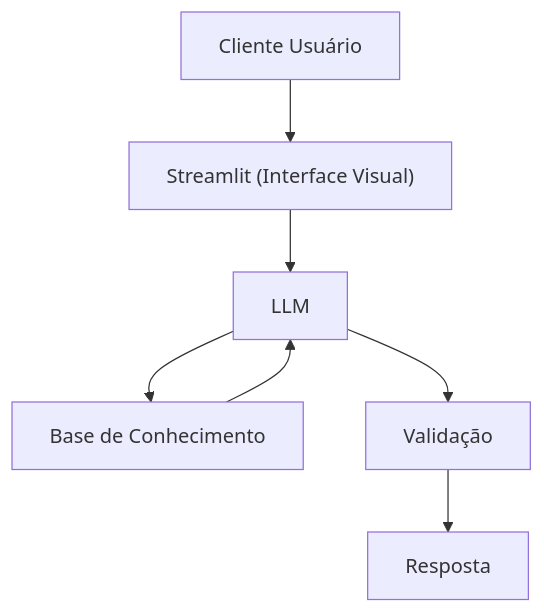
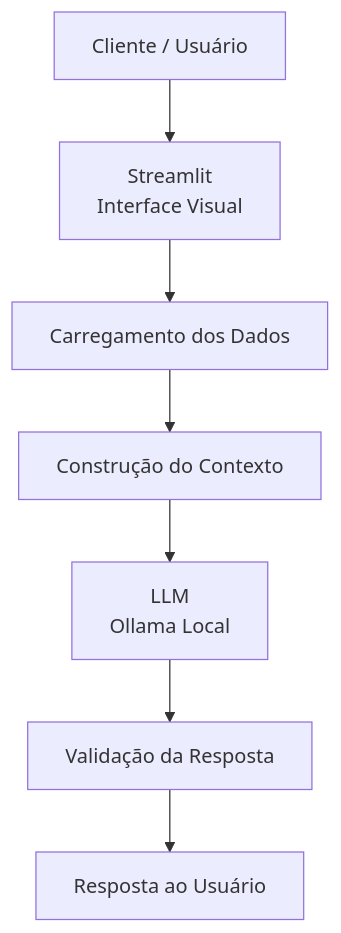
The diagram in docs/01-documentacao-agente.md (LucasSilva78/dio-lab-bia-do-futuro), drawn with Mermaid before and after one commit. The commit also changed other lines of this file, not shown here.

````diff
--- a/docs/01-documentacao-agente.md
+++ b/docs/01-documentacao-agente.md
@@ -50,9 +75,9 @@
 ```mermaid
 flowchart TD
-    A[Cliente Usuário] --> B["Streamlit (Interface Visual)"]
-    B --> C[LLM]
-    C --> D[Base de Conhecimento]
-    D --> C
-    C --> E[Validação]
-    E --> F[Resposta]
+A[Cliente / Usuário] --> B["Streamlit<br/>Interface Visual"]
+B --> C["Carregamento dos Dados"]
+C --> D["Construção do Contexto"]
+D --> E["LLM<br/>Ollama Local"]
+E --> F["Validação da Resposta"]
+F --> G["Resposta ao Usuário"]
 ```
````
